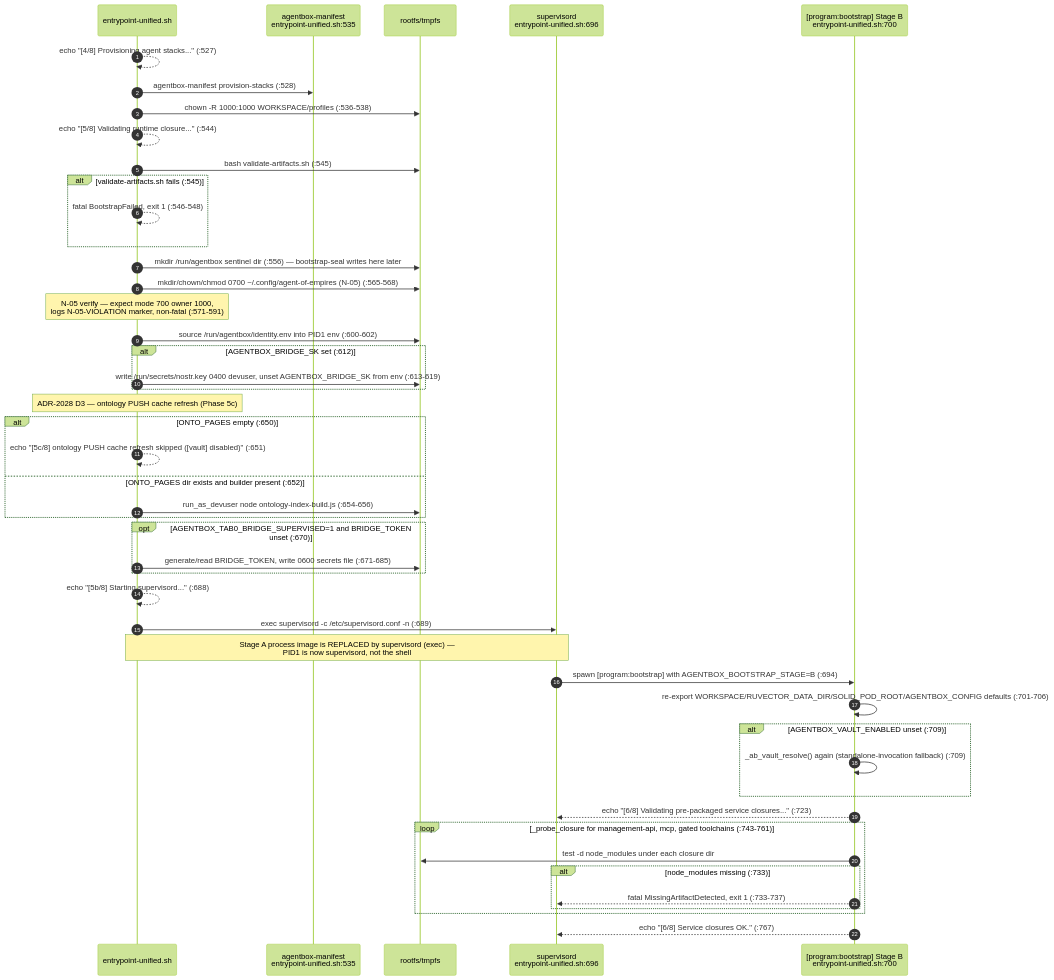
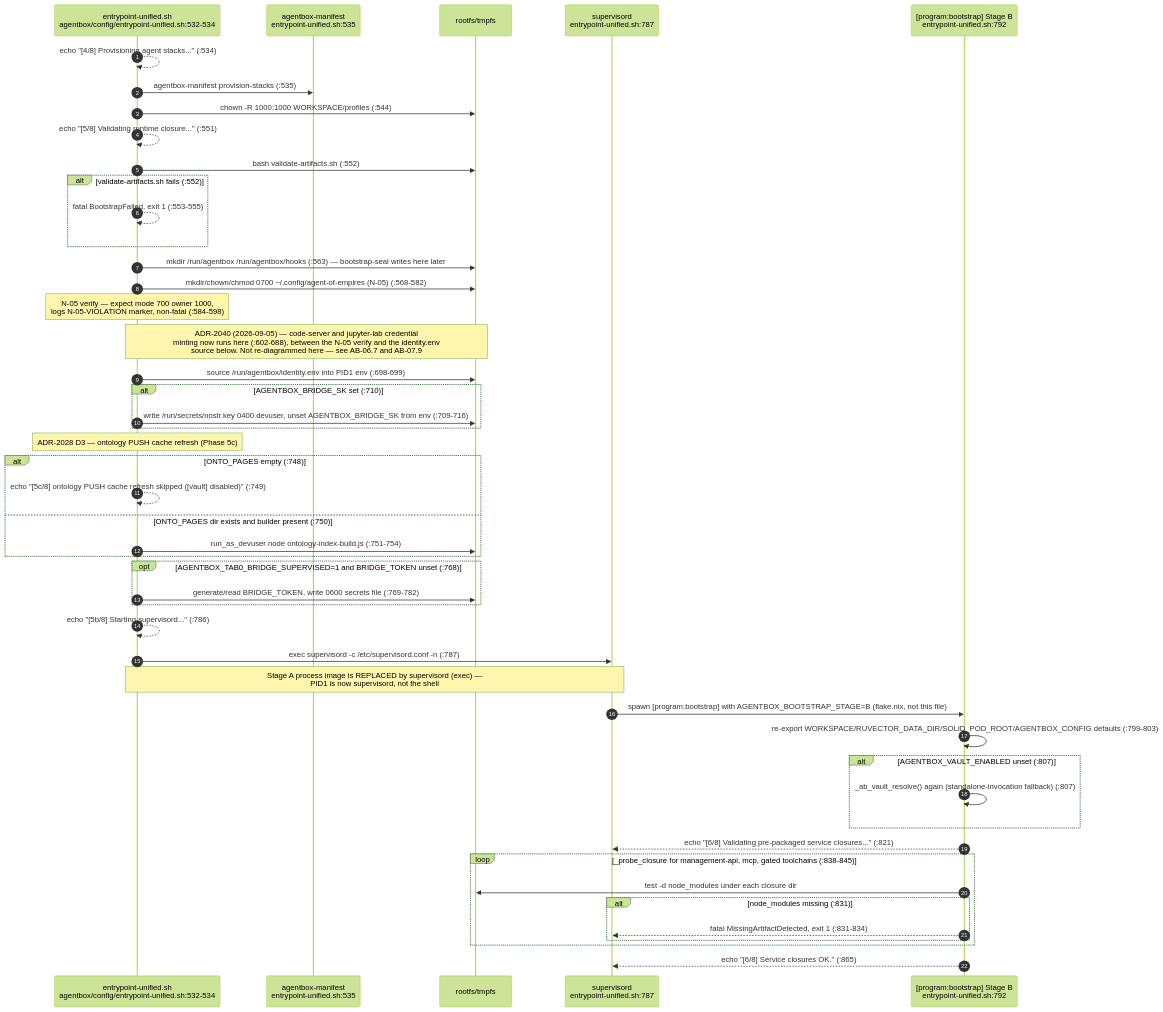
One commit to DreamLab-AI/VisionFlow changed the second of 21 diagrams in docs/diagrams/agentbox/02-boot-sequence-and-readiness.md. Above: the diagram before and after it, drawn with Mermaid (forest theme). The commit also changed other lines of this file and 52 other files, not shown here.

First line of the commit message:
docs(diagrams): wave 3 checkpoint — bare line refs resolved, revision-pinned cite-check, VC-05/AB-01..13 re-attested

````diff
--- a/docs/diagrams/agentbox/02-boot-sequence-and-readiness.md
+++ b/docs/diagrams/agentbox/02-boot-sequence-and-readiness.md
@@ -86,50 +85,51 @@
 ```mermaid
 sequenceDiagram
     autonumber
-    participant E as entrypoint-unified.sh
+    participant E as entrypoint-unified.sh<br/>agentbox/config/entrypoint-unified.sh:532-534
     participant AM as agentbox-manifest<br/>entrypoint-unified.sh:535
     participant FS as rootfs/tmpfs
-    participant SV as supervisord<br/>entrypoint-unified.sh:696
-    participant B as [program:bootstrap] Stage B<br/>entrypoint-unified.sh:700
+    participant SV as supervisord<br/>entrypoint-unified.sh:787
+    participant B as [program:bootstrap] Stage B<br/>entrypoint-unified.sh:792
 
-    E-->>E: echo "[4/8] Provisioning agent stacks..." (:527)
-    E->>AM: agentbox-manifest provision-stacks (:528)
-    E->>FS: chown -R 1000:1000 WORKSPACE/profiles (:536-538)
-    E-->>E: echo "[5/8] Validating runtime closure..." (:544)
-    E->>FS: bash validate-artifacts.sh (:545)
-    alt validate-artifacts.sh fails (:545)
-        E-->>E: fatal BootstrapFailed, exit 1 (:546-548)
+    E-->>E: echo "[4/8] Provisioning agent stacks..." (:534)
+    E->>AM: agentbox-manifest provision-stacks (:535)
+    E->>FS: chown -R 1000:1000 WORKSPACE/profiles (:544)
+    E-->>E: echo "[5/8] Validating runtime closure..." (:551)
+    E->>FS: bash validate-artifacts.sh (:552)
+    alt validate-artifacts.sh fails (:552)
+        E-->>E: fatal BootstrapFailed, exit 1 (:553-555)
     end
-    E->>FS: mkdir /run/agentbox sentinel dir (:556) — bootstrap-seal writes here later
-    E->>FS: mkdir/chown/chmod 0700 ~/.config/agent-of-empires (N-05) (:565-568)
-    Note over E: N-05 verify — expect mode 700 owner 1000,<br/>logs N-05-VIOLATION marker, non-fatal (:571-591)
-    E->>FS: source /run/agentbox/identity.env into PID1 env (:600-602)
-    alt AGENTBOX_BRIDGE_SK set (:612)
-        E->>FS: write /run/secrets/nostr.key 0400 devuser, unset AGENTBOX_BRIDGE_SK from env (:613-619)
+    E->>FS: mkdir /run/agentbox /run/agentbox/hooks (:563) — bootstrap-seal writes here later
+    E->>FS: mkdir/chown/chmod 0700 ~/.config/agent-of-empires (N-05) (:568-582)
+    Note over E: N-05 verify — expect mode 700 owner 1000,<br/>logs N-05-VIOLATION marker, non-fatal (:584-598)
+    Note over E,FS: ADR-2040 (2026-09-05) — code-server and jupyter-lab credential<br/>minting now runs here (:602-688), between the N-05 verify and the identity.env<br/>source below. Not re-diagrammed here — see AB-06.7 and AB-07.9
+    E->>FS: source /run/agentbox/identity.env into PID1 env (:698-699)
+    alt AGENTBOX_BRIDGE_SK set (:710)
+        E->>FS: write /run/secrets/nostr.key 0400 devuser, unset AGENTBOX_BRIDGE_SK from env (:709-716)
     end
     Note over E: ADR-2028 D3 — ontology PUSH cache refresh (Phase 5c)
-    alt ONTO_PAGES empty (:650)
-        E-->>E: echo "[5c/8] ontology PUSH cache refresh skipped ([vault] disabled)" (:651)
-    else ONTO_PAGES dir exists and builder present (:652)
-        E->>FS: run_as_devuser node ontology-index-build.js (:654-656)
+    alt ONTO_PAGES empty (:748)
+        E-->>E: echo "[5c/8] ontology PUSH cache refresh skipped ([vault] disabled)" (:749)
+    else ONTO_PAGES dir exists and builder present (:750)
+        E->>FS: run_as_devuser node ontology-index-build.js (:751-754)
     end
-    opt AGENTBOX_TAB0_BRIDGE_SUPERVISED=1 and BRIDGE_TOKEN unset (:670)
-        E->>FS: generate/read BRIDGE_TOKEN, write 0600 secrets file (:671-685)
+    opt AGENTBOX_TAB0_BRIDGE_SUPERVISED=1 and BRIDGE_TOKEN unset (:768)
+        E->>FS: generate/read BRIDGE_TOKEN, write 0600 secrets file (:769-782)
     end
-    E-->>E: echo "[5b/8] Starting supervisord..." (:688)
-    E->>SV: exec supervisord -c /etc/supervisord.conf -n (:689)
+    E-->>E: echo "[5b/8] Starting supervisord..." (:786)
+    E->>SV: exec supervisord -c /etc/supervisord.conf -n (:787)
     Note over E,SV: Stage A process image is REPLACED by supervisord (exec) —<br/>PID1 is now supervisord, not the shell
-    SV->>B: spawn [program:bootstrap] with AGENTBOX_BOOTSTRAP_STAGE=B (:694)
-    B->>B: re-export WORKSPACE/RUVECTOR_DATA_DIR/SOLID_POD_ROOT/AGENTBOX_CONFIG defaults (:701-706)
-    alt AGENTBOX_VAULT_ENABLED unset (:709)
-        B->>B: _ab_vault_resolve() again (standalone-invocation fallback) (:709)
+    SV->>B: spawn [program:bootstrap] with AGENTBOX_BOOTSTRAP_STAGE=B (flake.nix, not this file)
+    B->>B: re-export WORKSPACE/RUVECTOR_DATA_DIR/SOLID_POD_ROOT/AGENTBOX_CONFIG defaults (:799-803)
+    alt AGENTBOX_VAULT_ENABLED unset (:807)
+        B->>B: _ab_vault_resolve() again (standalone-invocation fallback) (:807)
     end
-    B-->>SV: echo "[6/8] Validating pre-packaged service closures..." (:723)
-    loop _probe_closure for management-api, mcp, gated toolchains (:743-761)
+    B-->>SV: echo "[6/8] Validating pre-packaged service closures..." (:821)
+    loop _probe_closure for management-api, mcp, gated toolchains (:838-845)
         B->>FS: test -d node_modules under each closure dir
-        alt node_modules missing (:733)
-            B-->>SV: fatal MissingArtifactDetected, exit 1 (:733-737)
+        alt node_modules missing (:831)
+            B-->>SV: fatal MissingArtifactDetected, exit 1 (:831-834)
         end
     end
-    B-->>SV: echo "[6/8] Service closures OK." (:767)
+    B-->>SV: echo "[6/8] Service closures OK." (:865)
 ```
````
